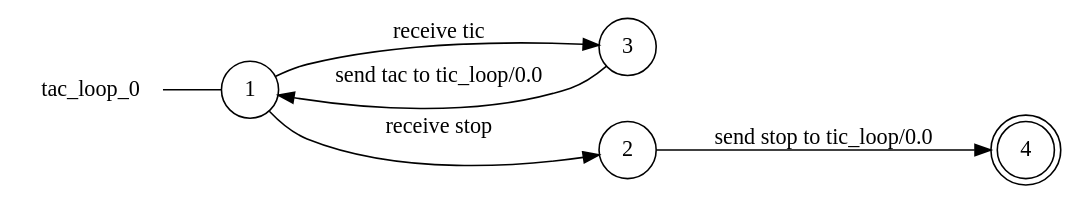
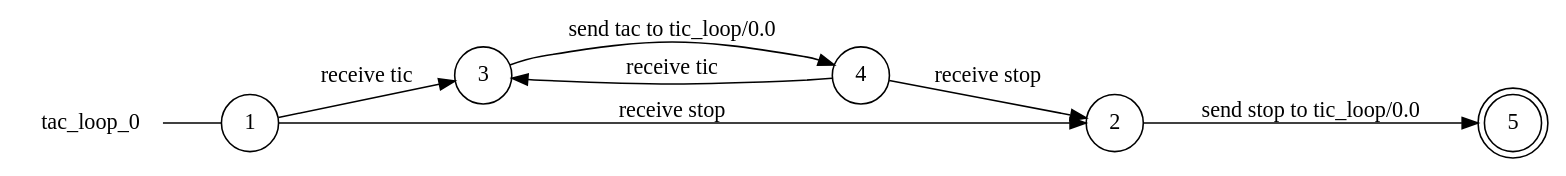
The diagram in examples/ticktackloop/tac_loop_0_local_view.dot (gabrielegenovese/chorer), drawn with Graphviz before and after one commit. The commit also changed 37 other files, not shown here.

```diff
--- a/examples/ticktackloop/tac_loop_0_local_view.dot
+++ b/examples/ticktackloop/tac_loop_0_local_view.dot
@@ -1,14 +1,17 @@
 digraph tac_loop_0 {
 	rankdir="LR";
 	n_0 [label="tac_loop_0", shape="plaintext"];
-	n_1 [id="1", shape=circle, label="1"];
-	n_0 -> n_1 [arrowhead=none];
-	n_2 [id="2", shape=circle, label="3"];
-	n_3 [id="4", shape=doublecircle, label="4"];
-	n_4 [id="3", shape=circle, label="2"];
+	n_1 [id="5", shape=circle, label="4"];
+	n_2 [id="1", shape=circle, label="1"];
+	n_0 -> n_2 [arrowhead=none];
+	n_3 [id="2", shape=circle, label="3"];
+	n_4 [id="4", shape=doublecircle, label="5"];
+	n_5 [id="3", shape=circle, label="2"];
 
-	n_2 -> n_1 [id="[$e|6]", label="send tac to tic_loop/0.0"];
-	n_4 -> n_3 [id="[$e|3]", label="send stop to tic_loop/0.0"];
-	n_1 -> n_2 [id="[$e|4]", label="receive tic"];
-	n_1 -> n_4 [id="[$e|0]", label="receive stop"];
+	n_5 -> n_4 [id="[$e|3]", label="send stop to tic_loop/0.0"];
+	n_1 -> n_3 [id="[$e|2]", label="receive tic"];
+	n_1 -> n_5 [id="[$e|5]", label="receive stop"];
+	n_3 -> n_1 [id="[$e|1]", label="send tac to tic_loop/0.0"];
+	n_2 -> n_3 [id="[$e|4]", label="receive tic"];
+	n_2 -> n_5 [id="[$e|0]", label="receive stop"];
 }
```
